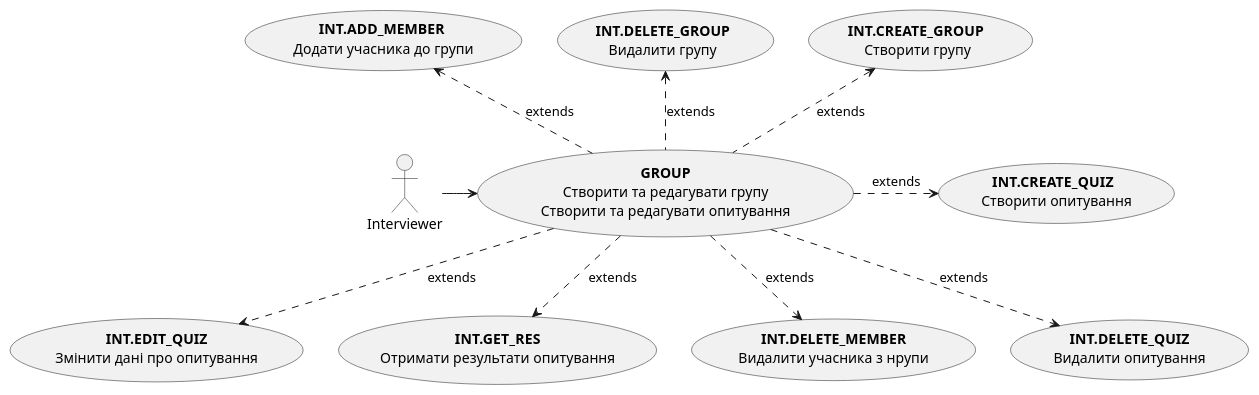
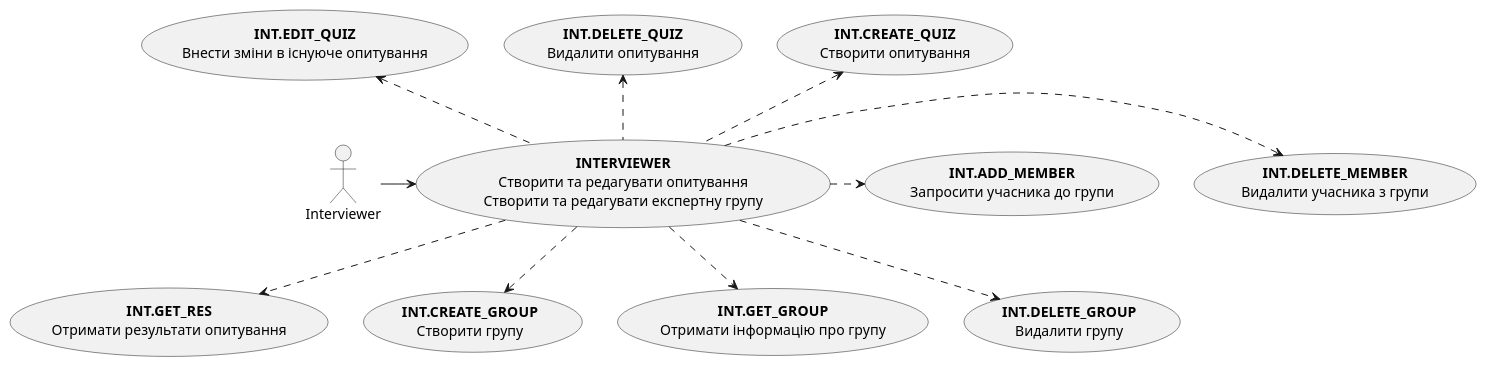
Before and after one commit to michigang1/ImForms: the fourth of 4 diagrams in docs/use cases/README.md, drawn with PlantUML. The commit also changed other lines of this file, not shown here.

Commit message:
added some diagrams

```diff
--- a/docs/use cases/README.md
+++ b/docs/use cases/README.md
@@ -96,25 +59,32 @@
 @startuml
 actor Interviewer
 
-usecase "**GROUP**\nСтворити та редагувати групу\nСтворити та редагувати опитування" as O
+usecase "<b>INTERVIEWER\nСтворити та редагувати опитування\nСтворити та редагувати експертну групу" as I
 
-Interviewer -r-> O
+usecase "<b>INT.CREATE_QUIZ\nСтворити опитування" as ICQ
+usecase "<b>INT.DELETE_QUIZ\nВидалити опитування" as IDQ
+usecase "<b>INT.EDIT_QUIZ\nВнести зміни в існуюче опитування" as IEQ
 
-usecase "**INT.CREATE_GROUP **\nСтворити групу" as CREAT
-usecase "**INT.DELETE_GROUP**\nВидалити групу" as DELETE
-usecase "**INT.ADD_MEMBER **\nДодати учасника до групи" as ADD
-usecase "**INT.CREATE_QUIZ  **\nСтворити опитування" as CREATE_QUIZ
-usecase "**INT.EDIT_QUIZ**\nЗмінити дані про опитування" as EDIT_QUIZ
-usecase "**INT.GET_RES**\nОтримати результати опитування" as GET_RES
-usecase "**INT.DELETE_MEMBER**\nВидалити учасника з нрупи" as DELETE_MEMBER
-usecase "**INT.DELETE_QUIZ**\nВидалити опитування" as DELETE_QUIZ
+usecase "<b>INT.ADD_MEMBER\nЗапросити учасника до групи" as IAM
+usecase "<b>INT.DELETE_MEMBER\nВидалити учасника з групи" as IDM
+usecase "<b>INT.GET_RES\nОтримати результати опитування" as IGR
 
-O .u.> CREAT : extends
-O .u.> DELETE : extends
-O .u.> ADD: extends
-O .r.> CREATE_QUIZ : extends
-O .d.> EDIT_QUIZ : extends
-O .d.> GET_RES : extends
-O .d.> DELETE_MEMBER: extends
-O .d.> DELETE_QUIZ: extends
+usecase "<b>INT.CREATE_GROUP\nСтворити групу" as ICG
+usecase "<b>INT.GET_GROUP\nОтримати інформацію про групу" as IGG
+usecase "<b>INT.DELETE_GROUP\nВидалити групу" as IDG
+
+Interviewer -r-> I
+
+I .u.> ICQ
+I .u.> IDQ
+I .u.> IEQ
+
+I .r.> IDM
+I .r.> IAM
+I .d.> IGR
+
+I .d.> ICG
+I .d.> IGG
+I .d.> IDG
+
 @enduml
```
